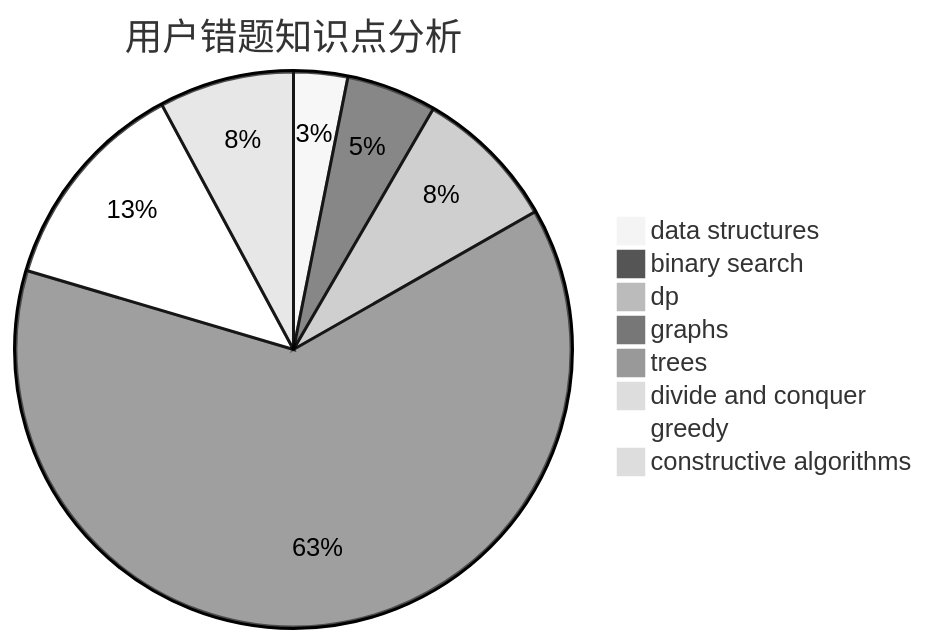
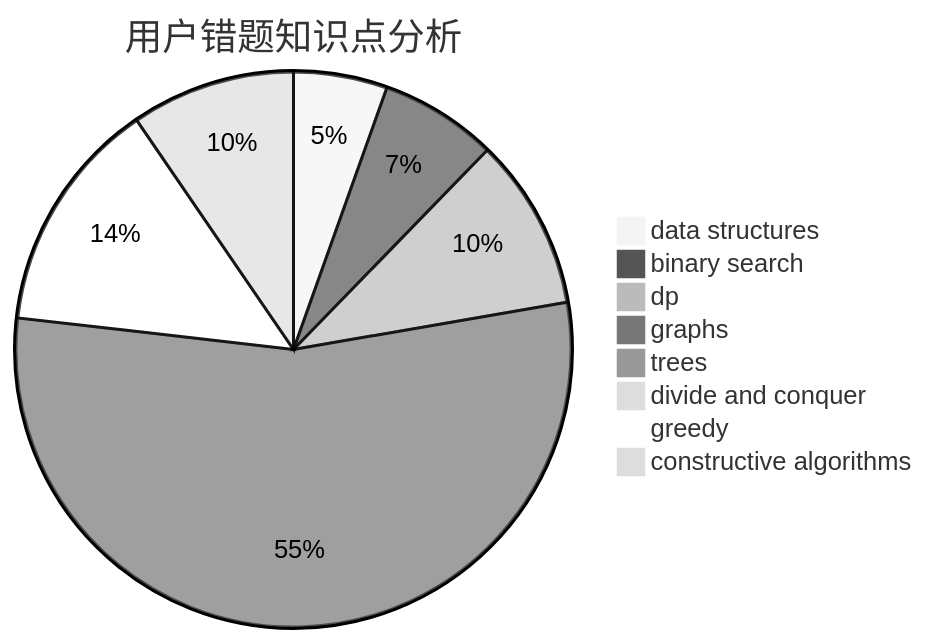
The third of 3 diagrams in docs/user/u921.md (sherpahu/cfrs.github.io), drawn with Mermaid (neutral theme) before and after one commit. The commit also changed other lines of this file and 2770 other files, not shown here.

````diff
--- a/docs/user/u921.md
+++ b/docs/user/u921.md
@@ -36,11 +36,11 @@
 ```mermaid
 pie title 用户错题知识点分析
-    "data structures" :  6
-    "binary search" :  10
-    "dp" :  16
+    "data structures" :  12
+    "binary search" :  15
+    "dp" :  22
     "graphs" :  120
     "trees" :  0
     "divide and conquer" :  0
-    "greedy" :  24
-    "constructive algorithms" :  15
+    "greedy" :  30
+    "constructive algorithms" :  21
 ```
````
